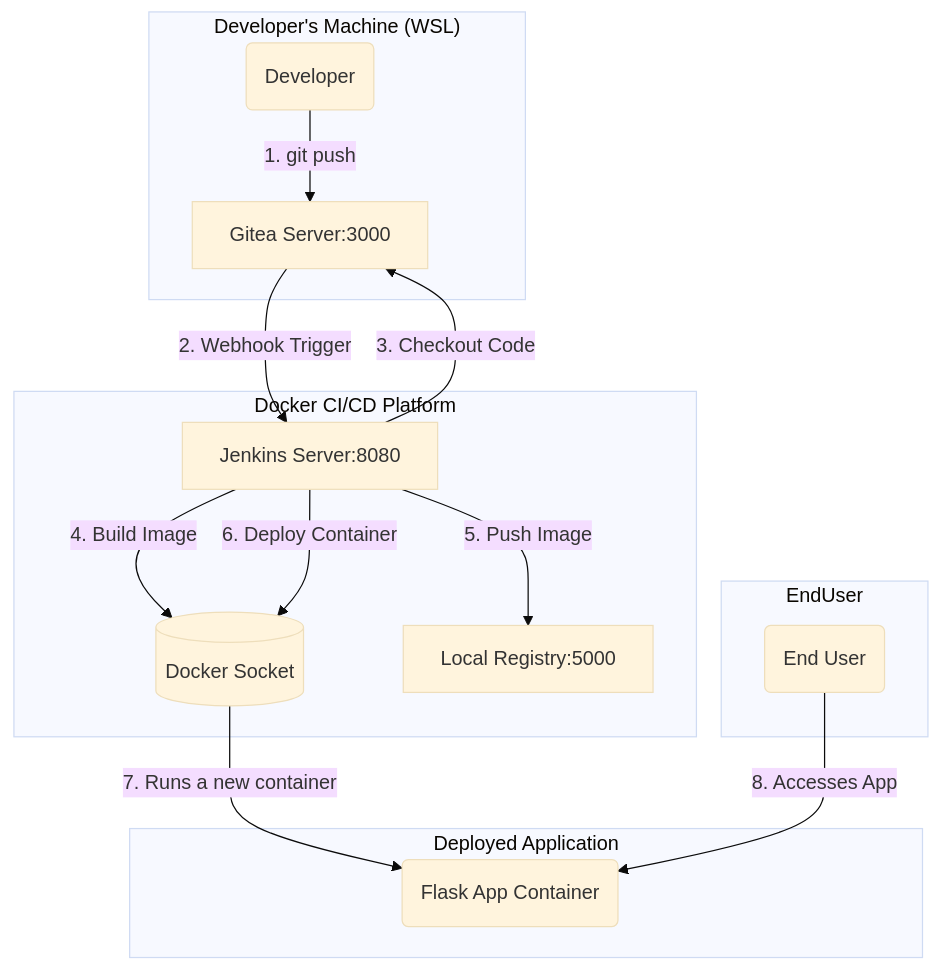
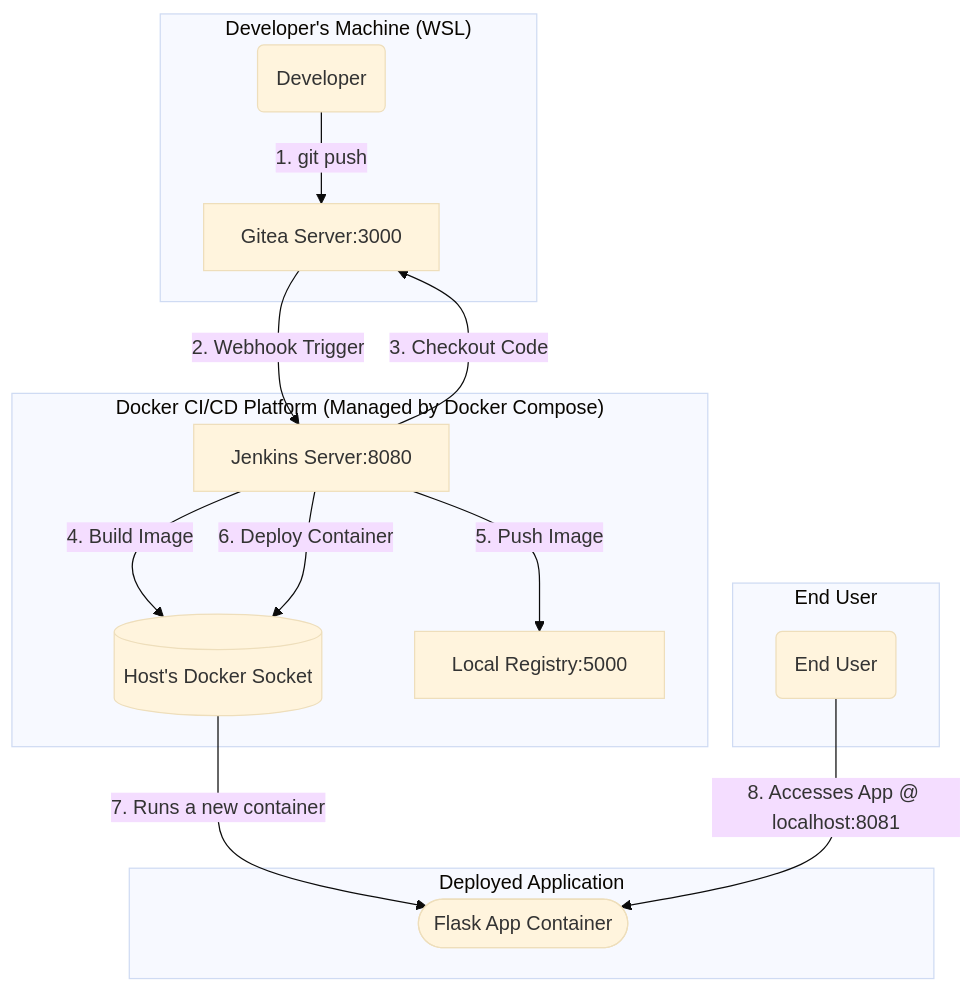
One commit to YogeshT22/end-to-end-ci-cd-jenkins-docker changed the diagram in README.md. Above: the diagram before and after it, drawn with Mermaid (base theme). The commit also changed other lines of this file, not shown here.

````diff
--- a/README.md
+++ b/README.md
@@ -30,22 +25,22 @@
 ```mermaid
 graph TD
     subgraph "Developer's Machine (WSL)"
         Dev(Developer) -- "1. git push" --> Gitea[Gitea Server:3000];
     end
 
-    subgraph "Docker CI/CD Platform"
+    subgraph "Docker CI/CD Platform (Managed by Docker Compose)"
         Gitea -- "2. Webhook Trigger" --> Jenkins[Jenkins Server:8080];
         Jenkins -- "3. Checkout Code" --> Gitea;
-        Jenkins -- "4. Build Image" --> DockerSocket[(Docker Socket)];
+        Jenkins -- "4. Build Image" --> DockerSocket[(Host's Docker Socket)];
         Jenkins -- "5. Push Image" --> Registry[Local Registry:5000];
         Jenkins -- "6. Deploy Container" --> DockerSocket;
     end
 
     subgraph "Deployed Application"
-        DockerSocket -- "7. Runs a new container" --> DeployedApp(Flask App Container);
+        DockerSocket -- "7. Runs a new container" --> DeployedApp([Flask App Container]);
     end
 
-    subgraph "EndUser"
-        User(End User) -- "8. Accesses App" --> DeployedApp;
-    end  
+    subgraph "End User"
+        User(End User) -- "8. Accesses App @ localhost:8081" --> DeployedApp;
+    end
 ```
````
